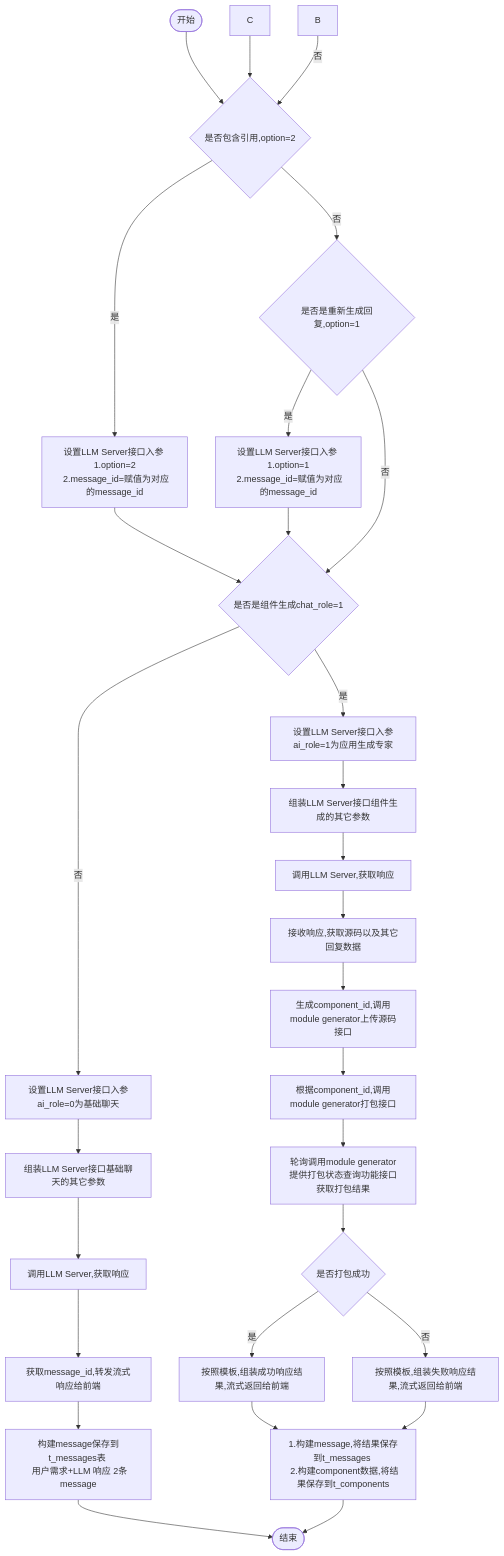
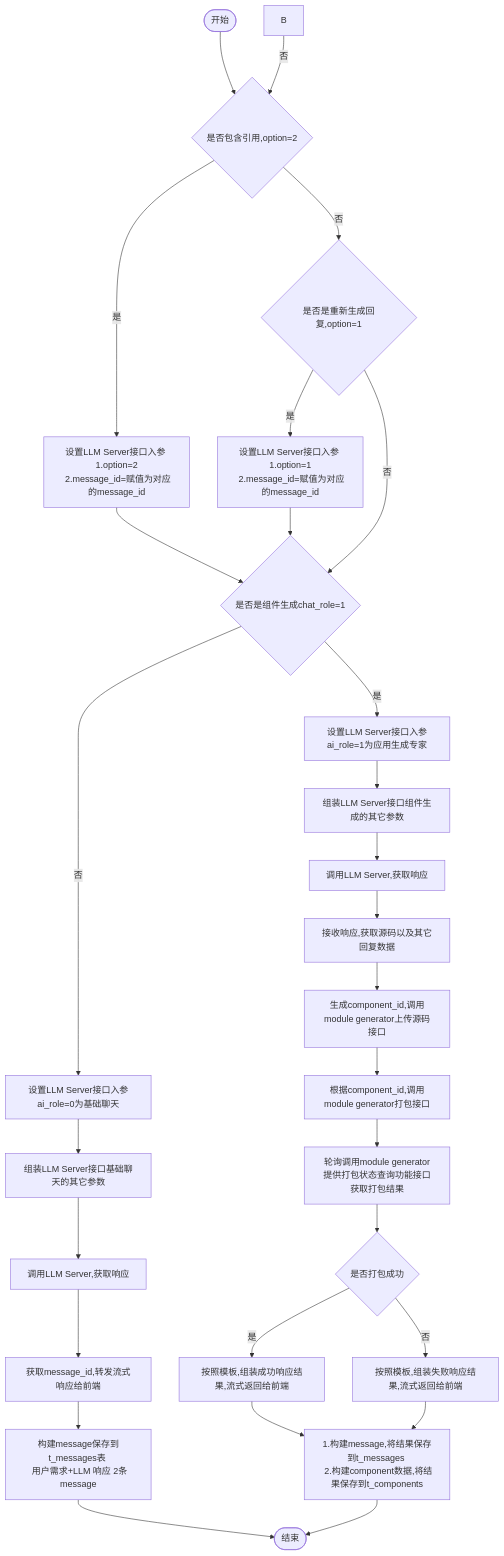
Before and after one commit to yingjianzh/iodraw-files: the diagram in all/w3-会话-不需要传递message.md, drawn with Mermaid.

Commit message:
2024-10-15 14:14:21 update

````diff
--- a/all/w3-会话-不需要传递message.md
+++ b/all/w3-会话-不需要传递message.md
@@ -1,35 +1,34 @@
 ```mermaid
 flowchart TD
     A([开始]) --> D
-    C --> D
     B -- 否 --> D{是否包含引用,option=2}
     D -- 是 --> E[设置LLM Server接口入参 \n 1.option=2 \n 2.message_id=赋值为对应的message_id]
     D -- 否 --> F{是否是重新生成回复,option=1}
     F -- 是 --> G[设置LLM Server接口入参 \n 1.option=1 \n 2.message_id=赋值为对应的message_id]
     F -- 否 --> I
      
     E & G --> I{是否是组件生成chat_role=1}
     I -- 否 --> K[设置LLM Server接口入参ai_role=0为基础聊天]
     I -- 是 --> J[设置LLM Server接口入参ai_role=1为应用生成专家]
     
 
     J --> L[组装LLM Server接口组件生成的其它参数]    
     K --> M[组装LLM Server接口基础聊天的其它参数]    
     M --> N[调用LLM Server,获取响应]    
     N --> O[获取message_id,转发流式响应给前端]
     O --> P[构建message保存到t_messages表 \n 用户需求+LLM 响应 2条message]
     P --> R([结束])
 
 
     L --> S[调用LLM Server,获取响应]
     S --> T[接收响应,获取源码以及其它回复数据]
     T --> U[生成component_id,调用module generator上传源码接口]
     U --> V[根据component_id,调用module generator打包接口]
     V --> W[轮询调用module generator提供打包状态查询功能接口获取打包结果]
     W --> X{是否打包成功}
     X -- 是 --> Y[按照模板,组装成功响应结果,流式返回给前端]
     X -- 否 --> Z[按照模板,组装失败响应结果,流式返回给前端]
 
     Y & Z --> Result[1.构建message,将结果保存到t_messages \n 2.构建component数据,将结果保存到t_components]
     Result --> R
 ```
````
